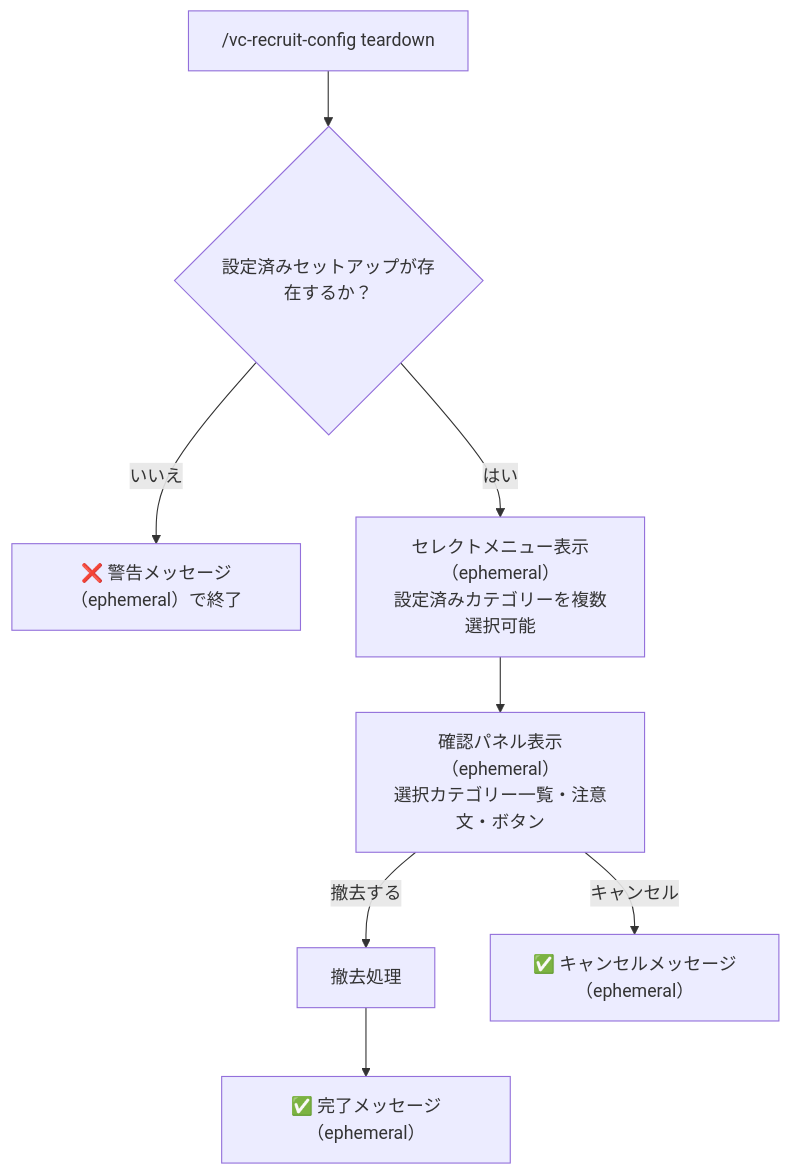
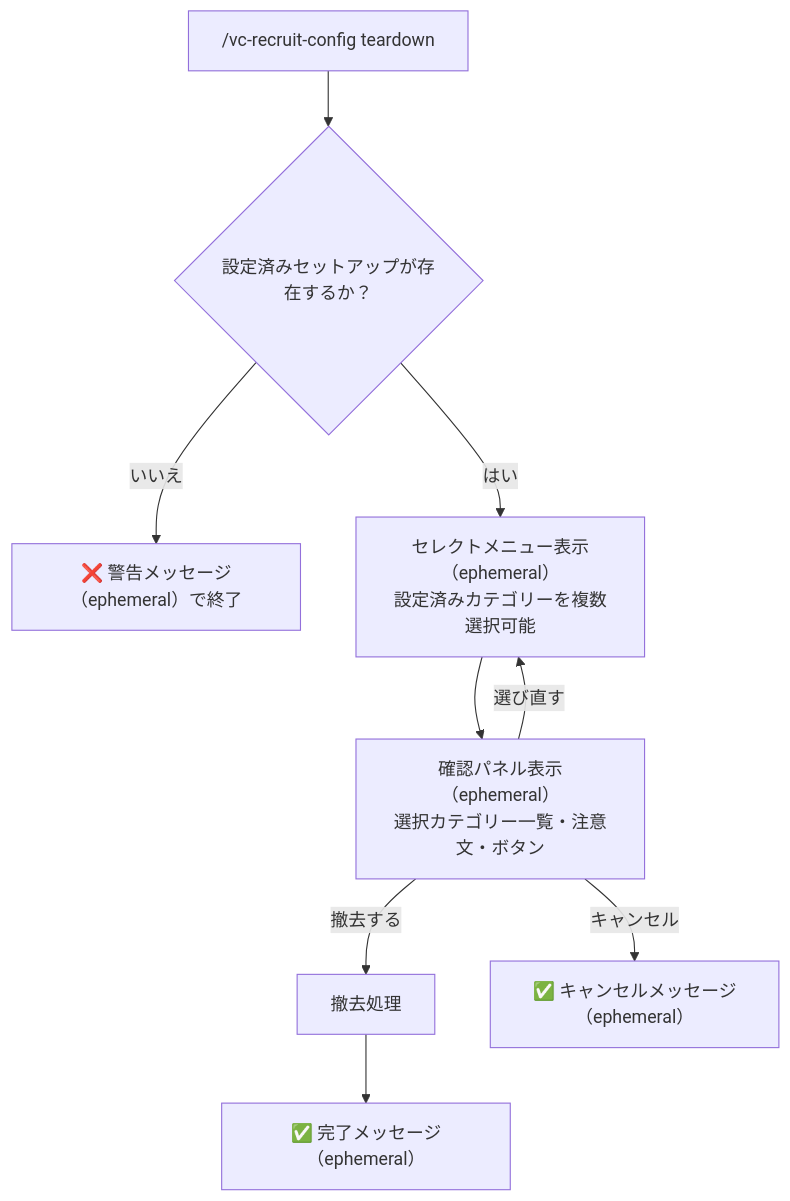
Before and after one commit to sonozaki-sz/ayasono: the diagram in docs/specs/VC_RECRUIT_SPEC.md, drawn with Mermaid. The commit also changed other lines of this file and 8 other files, not shown here.

````diff
--- a/docs/specs/VC_RECRUIT_SPEC.md
+++ b/docs/specs/VC_RECRUIT_SPEC.md
@@ -395,10 +403,11 @@
 ```mermaid
 flowchart TD
     A["/vc-recruit-config teardown"] --> B{設定済みセットアップが存在するか？}
     B -- いいえ --> C["❌ 警告メッセージ（ephemeral）で終了"]
-    B -- はい --> D["セレクトメニュー表示（ephemeral）\n設定済みカテゴリーを複数選択可能"]
-    D --> E["確認パネル表示（ephemeral）\n選択カテゴリー一覧・注意文・ボタン"]
+    B -- はい --> D["セレクトメニュー表示（ephemeral）<br/>設定済みカテゴリーを複数選択可能"]
+    D --> E["確認パネル表示（ephemeral）<br/>選択カテゴリー一覧・注意文・ボタン"]
     E -- 撤去する --> F[撤去処理]
     E -- キャンセル --> G["✅ キャンセルメッセージ（ephemeral）"]
+    E -- 選び直す --> D
     F --> H["✅ 完了メッセージ（ephemeral）"]
 ```
````
